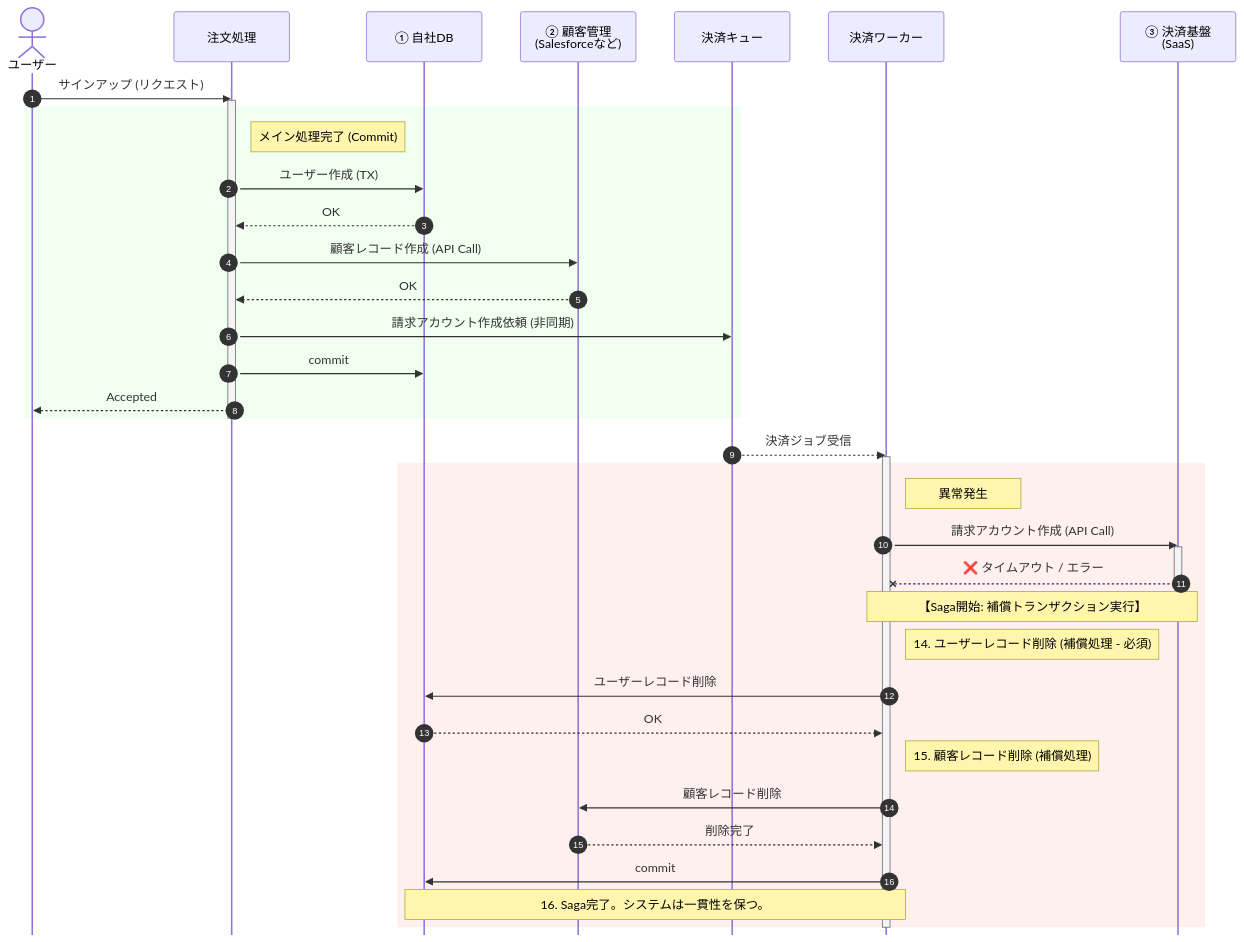
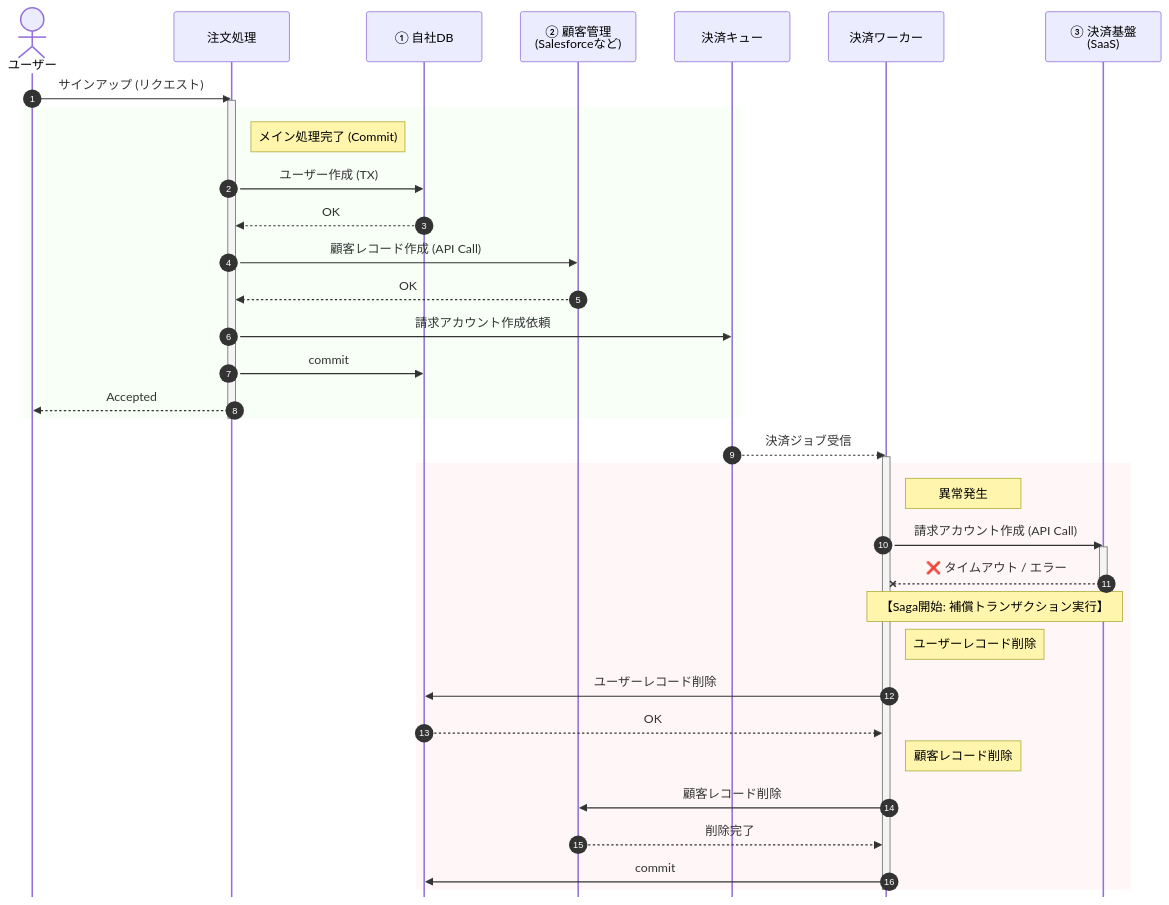
One commit to future-architect/arch-guidelines changed the ninth of 10 diagrams in documents/forAsync/async_guidelines.md. Above: the diagram before and after it, drawn with Mermaid. The commit also changed other lines of this file and 2 other files, not shown here.

First line of the commit message:
非同期設計ガイドライン: 選定フローのmermaid.js更新 (#249)

````diff
--- a/documents/forAsync/async_guidelines.md
+++ b/documents/forAsync/async_guidelines.md
@@ -675,58 +685,54 @@
 ```mermaid
 %%{init: {'sequence': {'mirrorActors': false}}}%%
 sequenceDiagram
     autonumber
     actor User as ユーザー
     participant Worker as 注文処理
     participant DB as ① 自社DB
     participant SF as ② 顧客管理<br>(Salesforceなど)
     participant PQ as 決済キュー
     participant PW as 決済ワーカー
     participant Z as ③ 決済基盤<br>(SaaS)
 
     User->>Worker: サインアップ (リクエスト)
     activate Worker
 
-    rect rgb(240, 255, 240)
+    rect rgb(240, 255, 240, 0.5)
         note right of Worker: メイン処理完了 (Commit)
         Worker->>DB: ユーザー作成 (TX)
         DB-->>Worker: OK
 
         Worker->>SF: 顧客レコード作成 (API Call)
         SF-->>Worker: OK
 
-        Worker->>PQ: 請求アカウント作成依頼 (非同期)
+        Worker->>PQ: 請求アカウント作成依頼
         Worker->>DB: commit
         Worker-->>User: Accepted
     end
     deactivate Worker
 
     PQ-->>PW: 決済ジョブ受信
     activate PW
 
-    rect rgb(255, 240, 240)
+    rect rgb(255, 240, 240, 0.5)
         note right of PW: 異常発生
         PW->>Z: 請求アカウント作成 (API Call)
         activate Z
         Z--xPW: ❌ タイムアウト / エラー
         deactivate Z
 
         note over PW, Z: 【Saga開始: 補償トランザクション実行】
 
         %% --- 補償処理（Sequential: DB -> SF）---
-        note right of PW: 14. ユーザーレコード削除 (補償処理 - 必須)
+        note right of PW: ユーザーレコード削除
         PW->>DB: ユーザーレコード削除
         DB-->>PW: OK
 
-        note right of PW: 15. 顧客レコード削除 (補償処理)
+        note right of PW: 顧客レコード削除
         PW->>SF: 顧客レコード削除
         SF-->>PW: 削除完了
         PW->>DB: commit
-
-        %% ---------------------------------------
-
-        note over PW, DB: 16. Saga完了。システムは一貫性を保つ。
     end
 
     deactivate PW
 ```
````
